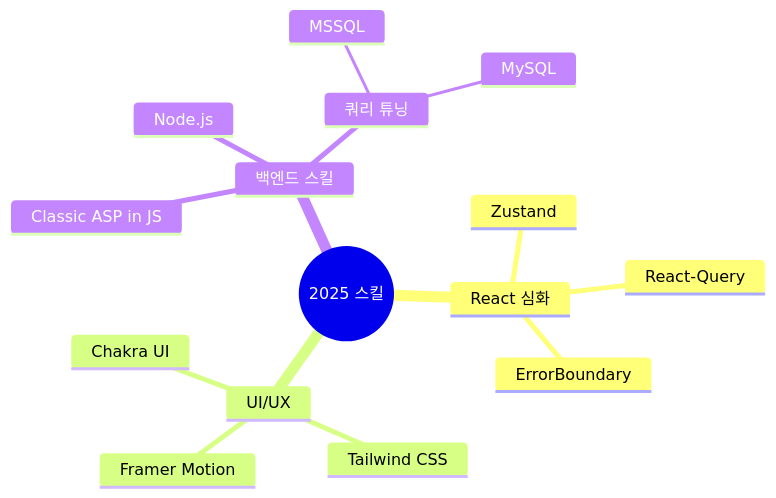
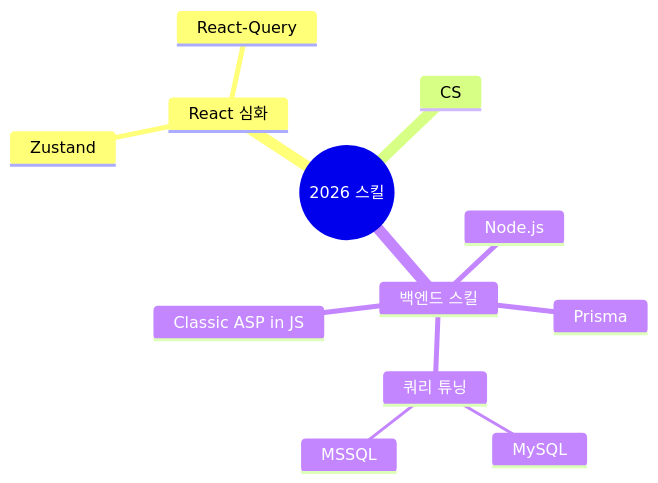
The diagram in README.md (SnowsFE/SnowsFE), drawn with Mermaid before and after one commit.

````diff
--- a/README.md
+++ b/README.md
@@ -146,18 +146,15 @@
 ```mermaid
 mindmap
-  root((2025 스킬))
+  root((2026 스킬))
     React 심화
       Zustand
       React-Query
-      ErrorBoundary
-    UI/UX
-      Chakra UI
-      Tailwind CSS
-      Framer Motion
+    CS
     백엔드 스킬
       Classic ASP in JS
       Node.js
+      Prisma
       쿼리 튜닝
         MSSQL
         MySQL
 ```
````
